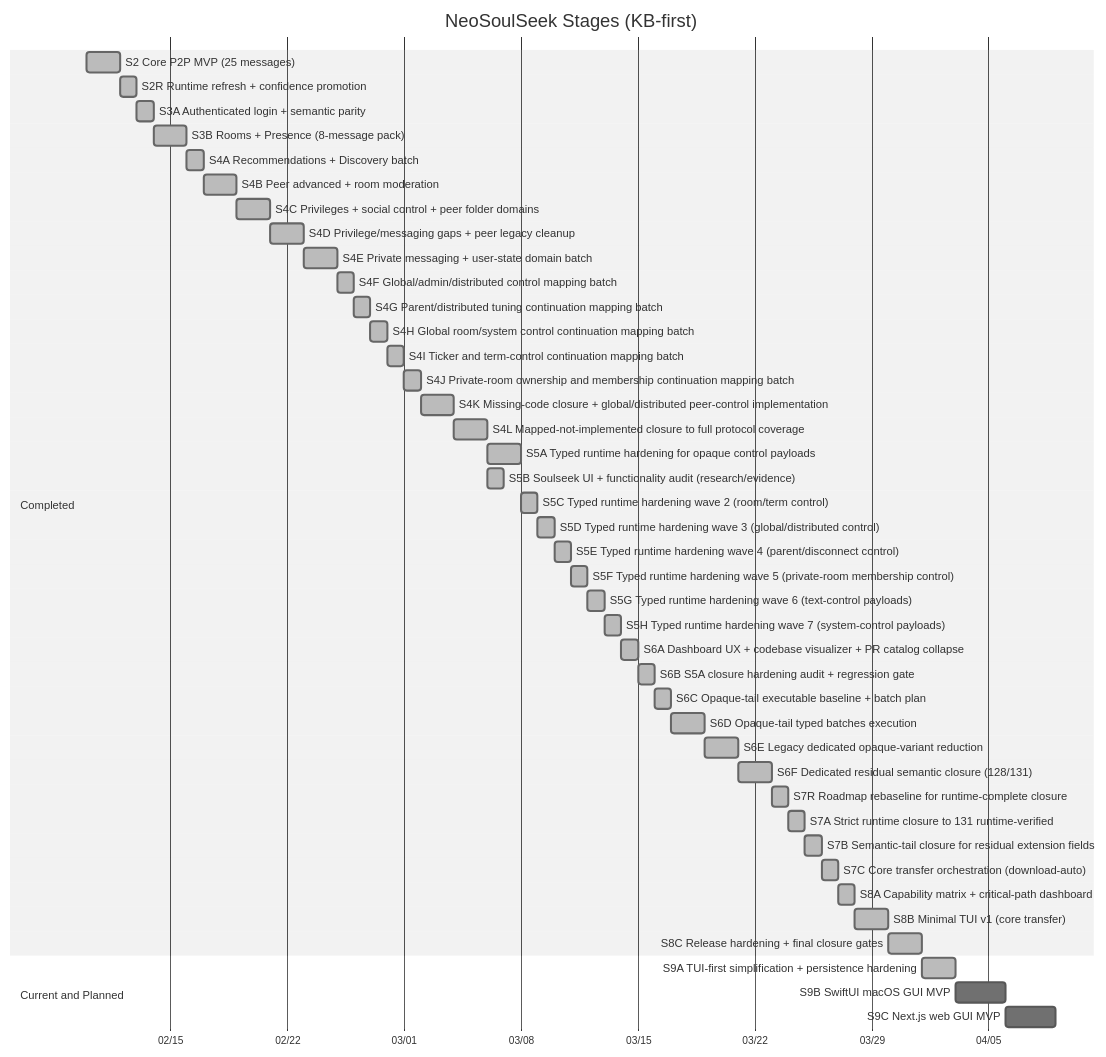
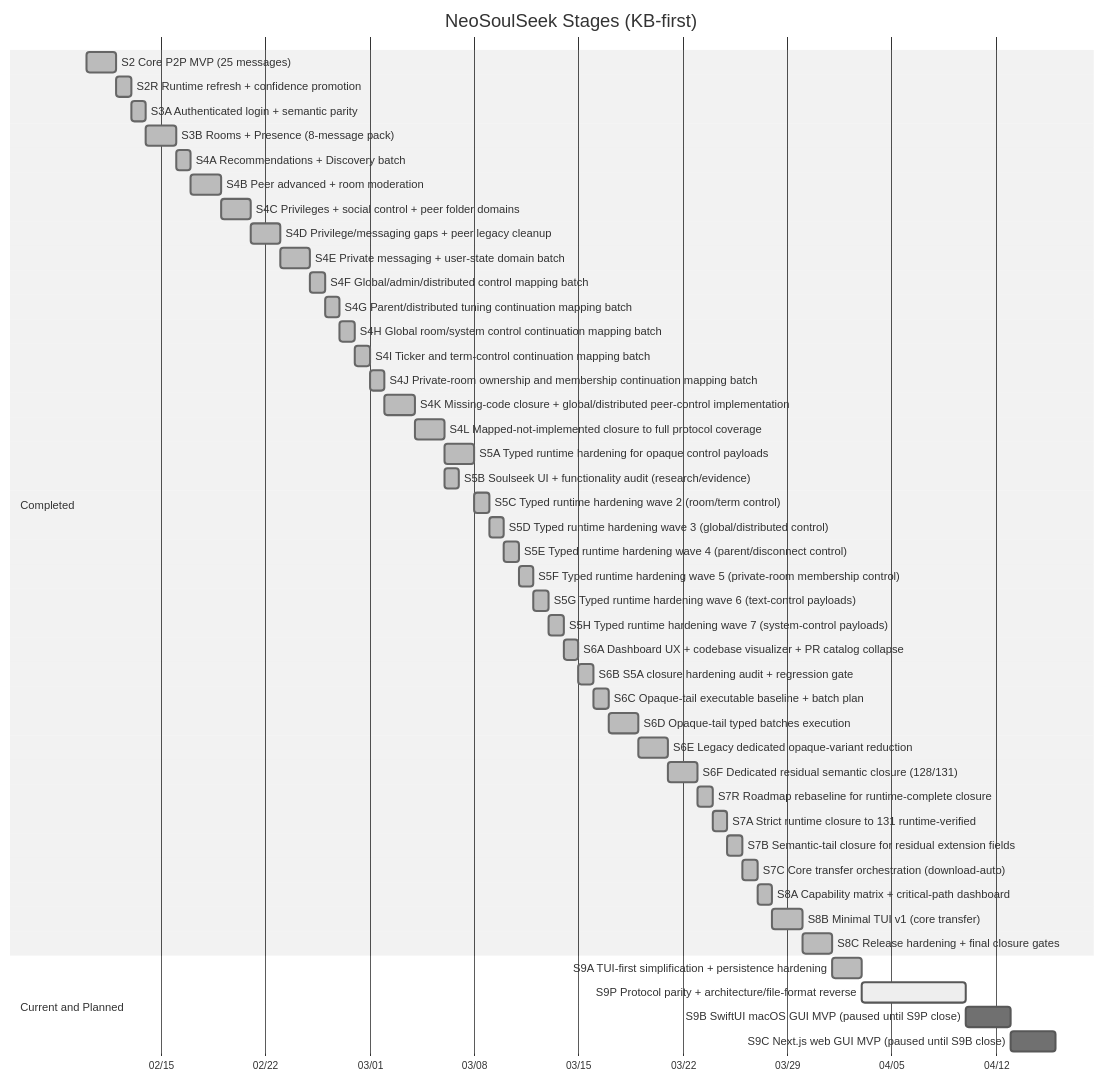
The first of 9 diagrams in docs/state/roadmap.md (fedejinich/nss), drawn with Mermaid (neutral theme) before and after one commit. The commit also changed other lines of this file and 104 other files, not shown here.

Commit message:
s9p: harden frida runtime capture and close i3 format-baseline loop

````diff
--- a/docs/state/roadmap.md
+++ b/docs/state/roadmap.md
@@ -24,48 +24,49 @@
 ```mermaid
 gantt
     title NeoSoulSeek Stages (KB-first)
     dateFormat  YYYY-MM-DD
     axisFormat  %m/%d
     section Completed
     S2 Core P2P MVP (25 messages) :done, s2, 2026-02-10, 2d
     S2R Runtime refresh + confidence promotion :done, s2r, after s2, 1d
     S3A Authenticated login + semantic parity :done, s3a, after s2r, 1d
     S3B Rooms + Presence (8-message pack) :done, s3b, 2026-02-14, 2d
     S4A Recommendations + Discovery batch :done, s4a, after s3b, 1d
     S4B Peer advanced + room moderation :done, s4b, after s4a, 2d
     S4C Privileges + social control + peer folder domains :done, s4c, after s4b, 2d
     S4D Privilege/messaging gaps + peer legacy cleanup :done, s4d, after s4c, 2d
     S4E Private messaging + user-state domain batch :done, s4e, after s4d, 2d
     S4F Global/admin/distributed control mapping batch :done, s4f, after s4e, 1d
     S4G Parent/distributed tuning continuation mapping batch :done, s4g, after s4f, 1d
     S4H Global room/system control continuation mapping batch :done, s4h, after s4g, 1d
     S4I Ticker and term-control continuation mapping batch :done, s4i, after s4h, 1d
     S4J Private-room ownership and membership continuation mapping batch :done, s4j, after s4i, 1d
     S4K Missing-code closure + global/distributed peer-control implementation :done, s4k, after s4j, 2d
     S4L Mapped-not-implemented closure to full protocol coverage :done, s4l, after s4k, 2d
     S5A Typed runtime hardening for opaque control payloads :done, s5a, after s4l, 2d
     S5B Soulseek UI + functionality audit (research/evidence) :done, s5b, after s4l, 1d
     S5C Typed runtime hardening wave 2 (room/term control) :done, s5c, after s5a, 1d
     S5D Typed runtime hardening wave 3 (global/distributed control) :done, s5d, after s5c, 1d
     S5E Typed runtime hardening wave 4 (parent/disconnect control) :done, s5e, after s5d, 1d
     S5F Typed runtime hardening wave 5 (private-room membership control) :done, s5f, after s5e, 1d
     S5G Typed runtime hardening wave 6 (text-control payloads) :done, s5g, after s5f, 1d
     S5H Typed runtime hardening wave 7 (system-control payloads) :done, s5h, after s5g, 1d
     S6A Dashboard UX + codebase visualizer + PR catalog collapse :done, s6a, after s5h, 1d
     S6B S5A closure hardening audit + regression gate :done, s6b, after s6a, 1d
     S6C Opaque-tail executable baseline + batch plan :done, s6c, after s6b, 1d
     S6D Opaque-tail typed batches execution :done, s6d, after s6c, 2d
     S6E Legacy dedicated opaque-variant reduction :done, s6e, after s6d, 2d
     S6F Dedicated residual semantic closure (128/131) :done, s6f, after s6e, 2d
     S7R Roadmap rebaseline for runtime-complete closure :done, s7r, after s6f, 1d
     S7A Strict runtime closure to 131 runtime-verified :done, s7a, after s7r, 1d
     S7B Semantic-tail closure for residual extension fields :done, s7b, after s7a, 1d
     S7C Core transfer orchestration (download-auto) :done, s7c, after s7b, 1d
     S8A Capability matrix + critical-path dashboard :done, s8a, after s7c, 1d
     S8B Minimal TUI v1 (core transfer) :done, s8b, after s8a, 2d
     S8C Release hardening + final closure gates :done, s8c, after s8b, 2d
     section Current and Planned
     S9A TUI-first simplification + persistence hardening :done, s9a, after s8c, 2d
-    S9B SwiftUI macOS GUI MVP :s9b, after s9a, 3d
-    S9C Next.js web GUI MVP :s9c, after s9b, 3d
+    S9P Protocol parity + architecture/file-format reverse :active, s9p, after s9a, 7d
+    S9B SwiftUI macOS GUI MVP (paused until S9P close) :s9b, after s9p, 3d
+    S9C Next.js web GUI MVP (paused until S9B close) :s9c, after s9b, 3d
 ```
````
